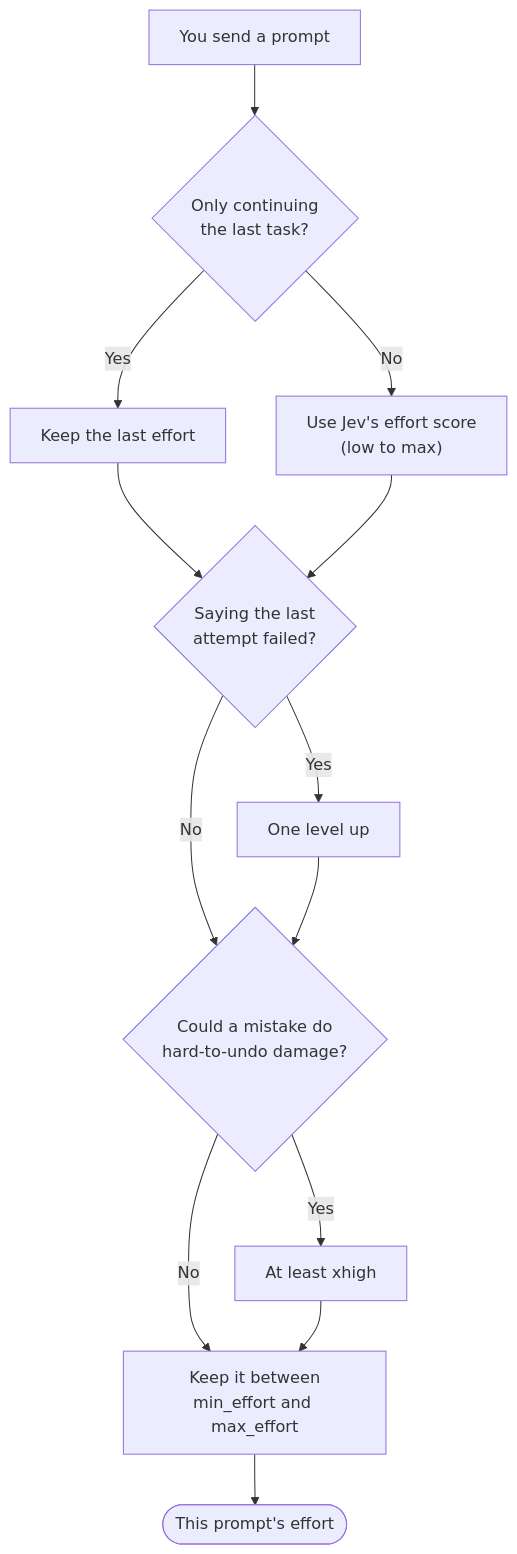
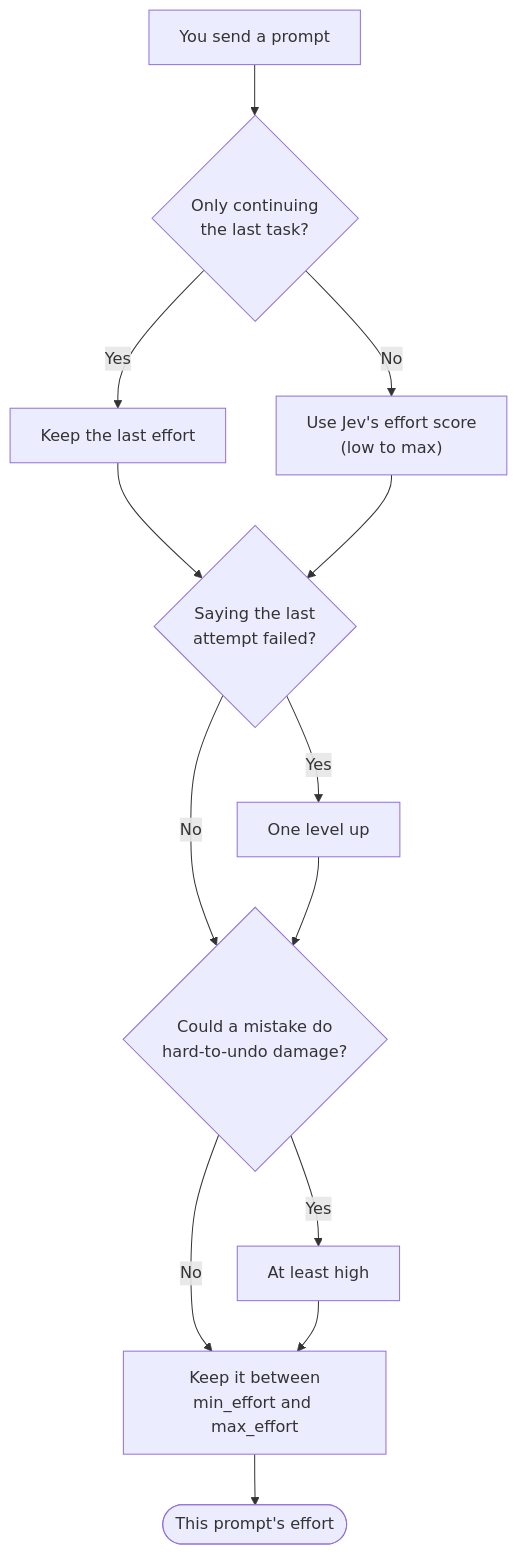
One commit to KevinYu1580/jcGearbox changed the third of 3 diagrams in README.md. Above: the diagram before and after it, drawn with Mermaid. The commit also changed other lines of this file and 1 other file, not shown here.

````diff
--- a/README.md
+++ b/README.md
@@ -69,15 +71,15 @@
 ```mermaid
 flowchart TD
     P["You send a prompt"] --> C{"Only continuing<br/>the last task?"}
     C -->|"Yes"| K["Keep the last effort"]
     C -->|"No"| J["Use Jev's effort score<br/>(low to max)"]
     K --> F{"Saying the last<br/>attempt failed?"}
     J --> F
     F -->|"Yes"| U["One level up"]
     F -->|"No"| R{"Could a mistake do<br/>hard-to-undo damage?"}
     U --> R
-    R -->|"Yes"| X["At least xhigh"]
+    R -->|"Yes"| X["At least high"]
     R -->|"No"| M["Keep it between<br/>min_effort and max_effort"]
     X --> M
     M --> E(["This prompt's effort"])
 ```
````
